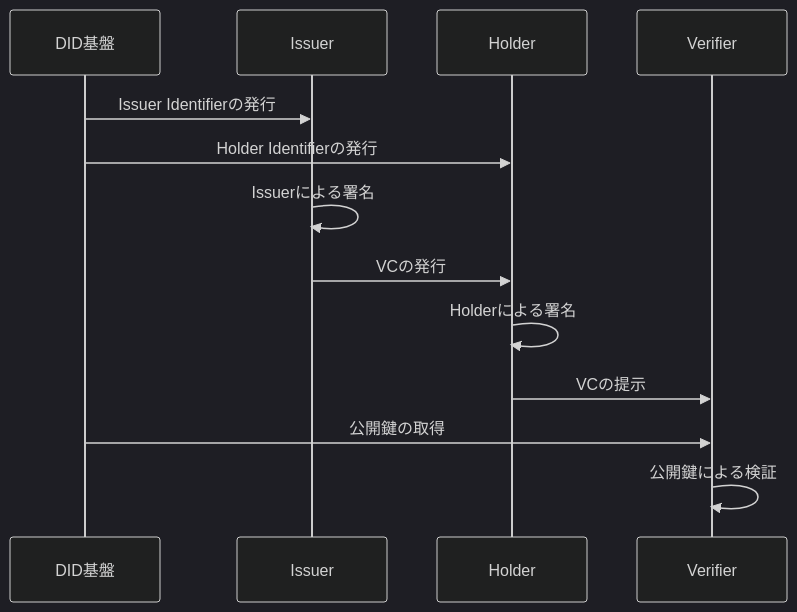
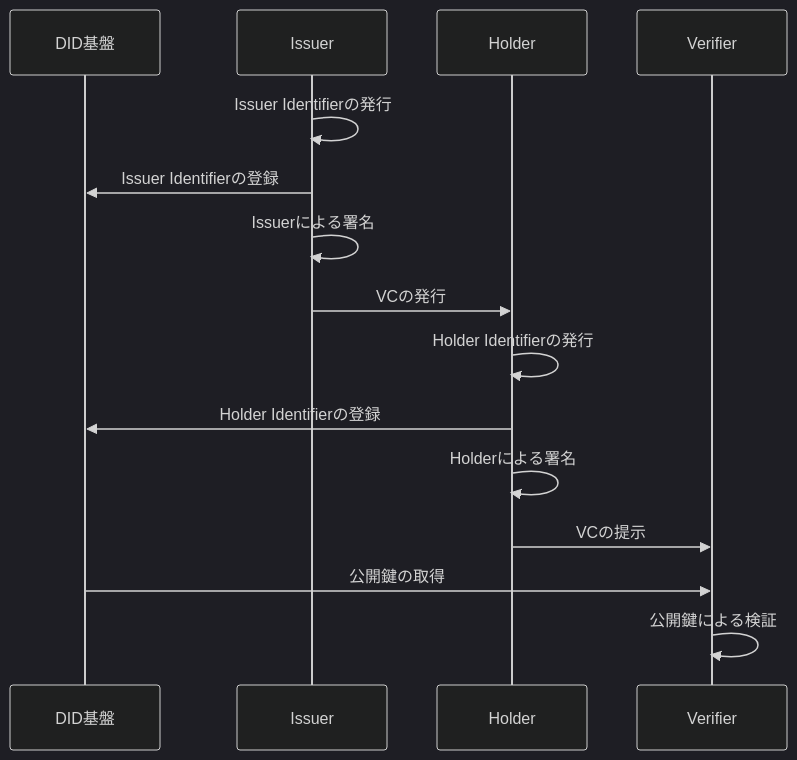
One commit to TrustedWebPromotionCouncil/trusted-web-implementation-guideline changed the diagram in A_パターン/学生証を用いた学割のユースケース.md. Above: the diagram before and after it, drawn with Mermaid (dark theme). The commit also changed other lines of this file, not shown here.

Commit message:
DID基盤にDIDを登録するフローに修正し、VDRとの関係を追記

````diff
--- a/A_パターン/学生証を用いた学割のユースケース.md
+++ b/A_パターン/学生証を用いた学割のユースケース.md
@@ -79,11 +79,14 @@
 ```mermaid
 sequenceDiagram
-    DID基盤 ->> Issuer: Issuer Identifierの発行
-    DID基盤 ->> Holder: Holder Identifierの発行
+participant DID基盤
+    Issuer ->> Issuer: Issuer Identifierの発行
+    Issuer ->> DID基盤: Issuer Identifierの登録
     Issuer ->> Issuer: Issuerによる署名
     Issuer ->> Holder: VCの発行
+    Holder ->> Holder: Holder Identifierの発行
+    Holder ->> DID基盤: Holder Identifierの登録
     Holder ->> Holder: Holderによる署名
     Holder ->> Verifier: VCの提示
     DID基盤 ->> Verifier: 公開鍵の取得
     Verifier ->> Verifier: 公開鍵による検証
 ```
````
